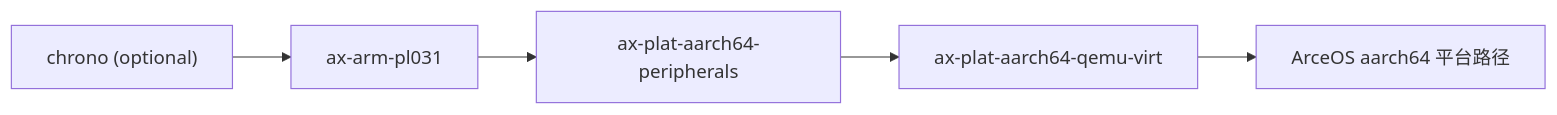
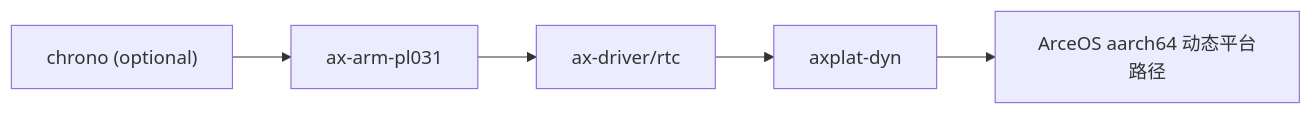
Before and after one commit to rcore-os/tgoskits: the second of 3 diagrams in docs/docs/components/crates/ax-arm-pl031.md, drawn with Mermaid. The commit also changed other lines of this file and 151 other files, not shown here.

````diff
--- a/docs/docs/components/crates/ax-arm-pl031.md
+++ b/docs/docs/components/crates/ax-arm-pl031.md
@@ -98,7 +96,7 @@
 ```mermaid
 graph LR
     chrono["chrono (optional)"] --> current["ax-arm-pl031"]
-    current --> peripherals["ax-plat-aarch64-peripherals"]
-    peripherals --> qemuvirt["ax-plat-aarch64-qemu-virt"]
-    qemuvirt --> arceos["ArceOS aarch64 平台路径"]
+    current --> driver["ax-driver/rtc"]
+    driver --> dyn["axplat-dyn"]
+    dyn --> arceos["ArceOS aarch64 动态平台路径"]
 ```
````
